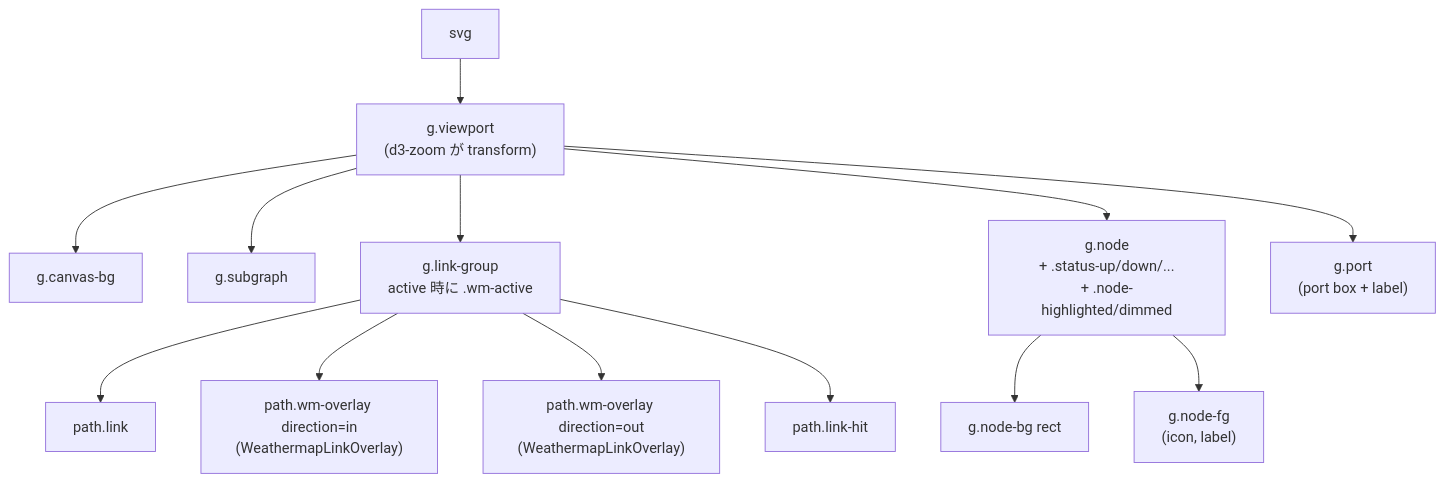
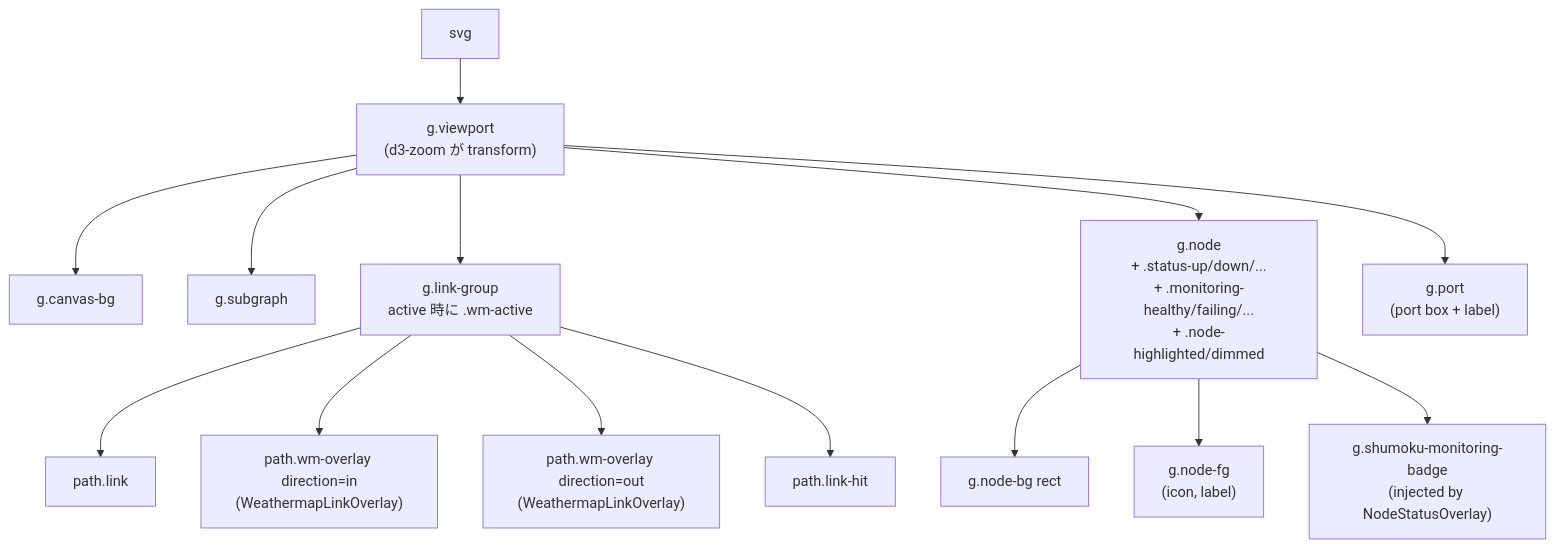
The third of 6 diagrams in apps/server/docs/topology-rendering.md (konoe-akitoshi/shumoku), drawn with Mermaid before and after one commit. The commit also changed other lines of this file and 5 other files, not shown here.

````diff
--- a/apps/server/docs/topology-rendering.md
+++ b/apps/server/docs/topology-rendering.md
@@ -381,29 +381,31 @@
 ```mermaid
 flowchart TD
   SVG["svg"]
   VP["g.viewport<br/>(d3-zoom が transform)"]
   CBG["g.canvas-bg"]
   SGS["g.subgraph"]
   LG["g.link-group<br/>active 時に .wm-active"]
   LK["path.link"]
   WMI["path.wm-overlay direction=in<br/>(WeathermapLinkOverlay)"]
   WMO["path.wm-overlay direction=out<br/>(WeathermapLinkOverlay)"]
   LH["path.link-hit"]
-  N["g.node<br/>+ .status-up/down/...<br/>+ .node-highlighted/dimmed"]
+  N["g.node<br/>+ .status-up/down/...<br/>+ .monitoring-healthy/failing/...<br/>+ .node-highlighted/dimmed"]
   NB["g.node-bg rect"]
   NF["g.node-fg<br/>(icon, label)"]
+  MB["g.shumoku-monitoring-badge<br/>(injected by NodeStatusOverlay)"]
   P["g.port<br/>(port box + label)"]
 
   SVG --> VP
   VP --> CBG
   VP --> SGS
   VP --> LG
   LG --> LK
   LG --> WMI
   LG --> WMO
   LG --> LH
   VP --> N
   N --> NB
   N --> NF
+  N --> MB
   VP --> P
 ```
````
